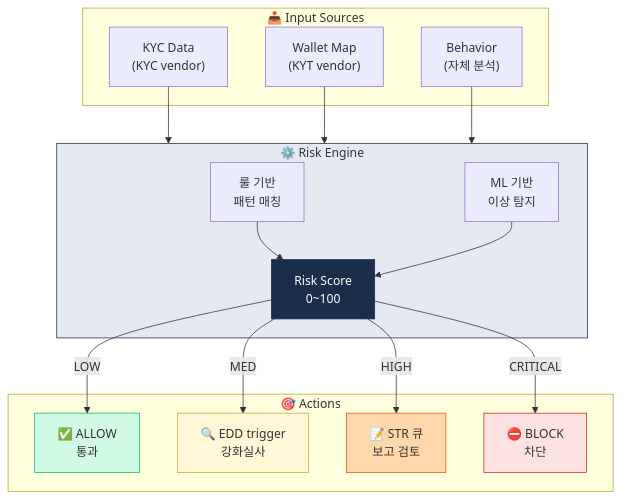
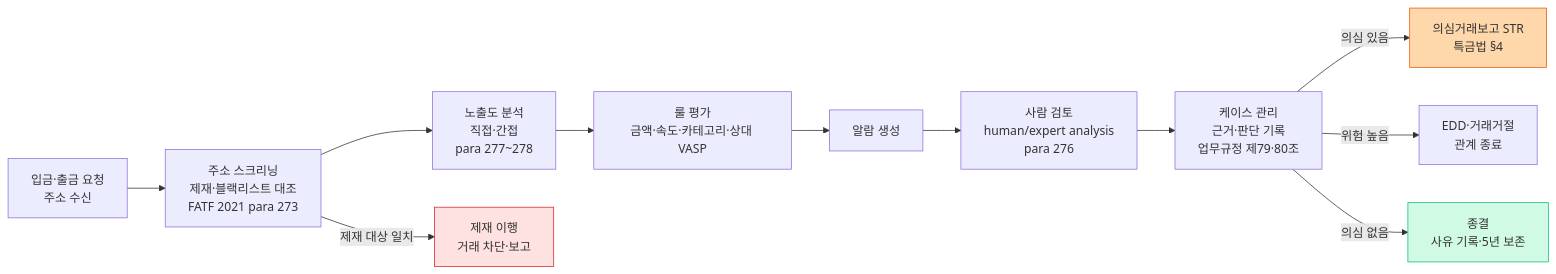
The first of 2 diagrams in notes/4-technology/kyc-kyt.md (lala-david/aml-notes), drawn with Mermaid before and after one commit. The commit also changed other lines of this file and 379 other files, not shown here.

First line of the commit message:
notes,kb,en,deep,charts: 2026-10-21 기준 정정 46건 반영 — 출처 없는 수치를 걷어내고 다이어그램을 다시 그림

````diff
--- a/notes/4-technology/kyc-kyt.md
+++ b/notes/4-technology/kyc-kyt.md
@@ -198,39 +107,16 @@
 ```mermaid
-flowchart TB
-    subgraph Input["📥 Input Sources"]
-        KYC["KYC Data<br/>(KYC vendor)"]
-        KYT["Wallet Map<br/>(KYT vendor)"]
-        BHV["Behavior<br/>(자체 분석)"]
-    end
-
-    subgraph Engine["⚙️ Risk Engine"]
-        RULE["룰 기반<br/>패턴 매칭"]
-        ML["ML 기반<br/>이상 탐지"]
-        SCORE["Risk Score<br/>0~100"]
-        RULE --> SCORE
-        ML --> SCORE
-    end
-
-    subgraph Action["🎯 Actions"]
-        ALLOW["✅ ALLOW<br/>통과"]
-        EDD["🔍 EDD trigger<br/>강화실사"]
-        STR["📝 STR 큐<br/>보고 검토"]
-        BLOCK["⛔ BLOCK<br/>차단"]
-    end
-
-    KYC --> Engine
-    KYT --> Engine
-    BHV --> Engine
-
-    SCORE -->|LOW| ALLOW
-    SCORE -->|MED| EDD
-    SCORE -->|HIGH| STR
-    SCORE -->|CRITICAL| BLOCK
-
-    style Engine fill:#e5eaf2,stroke:#1a2e4a
-    style SCORE fill:#1a2e4a,stroke:#1a2e4a,color:#fff
-    style ALLOW fill:#d1fae5,stroke:#10b981
-    style EDD fill:#fff7d6,stroke:#c9a646
+flowchart LR
+    DEP["입금·출금 요청<br/>주소 수신"] --> SCR["주소 스크리닝<br/>제재·블랙리스트 대조<br/>FATF 2021 para 273"]
+    SCR --> EXP["노출도 분석<br/>직접·간접<br/>para 277~278"]
+    EXP --> RULE["룰 평가<br/>금액·속도·카테고리·상대 VASP"]
+    RULE --> ALT["알람 생성"]
+    ALT --> HUM["사람 검토<br/>human/expert analysis<br/>para 276"]
+    HUM --> CASE["케이스 관리<br/>근거·판단 기록<br/>업무규정 제79·80조"]
+    CASE -->|의심 있음| STR["의심거래보고 STR<br/>특금법 §4"]
+    CASE -->|위험 높음| EDD["EDD·거래거절<br/>관계 종료"]
+    CASE -->|의심 없음| CLOSE["종결<br/>사유 기록·5년 보존"]
+    SCR -->|제재 대상 일치| SANC["제재 이행<br/>거래 차단·보고"]
     style STR fill:#fed7aa,stroke:#ea580c
-    style BLOCK fill:#fee2e2,stroke:#dc2626
+    style SANC fill:#fee2e2,stroke:#dc2626
+    style CLOSE fill:#d1fae5,stroke:#10b981
 ```
````
